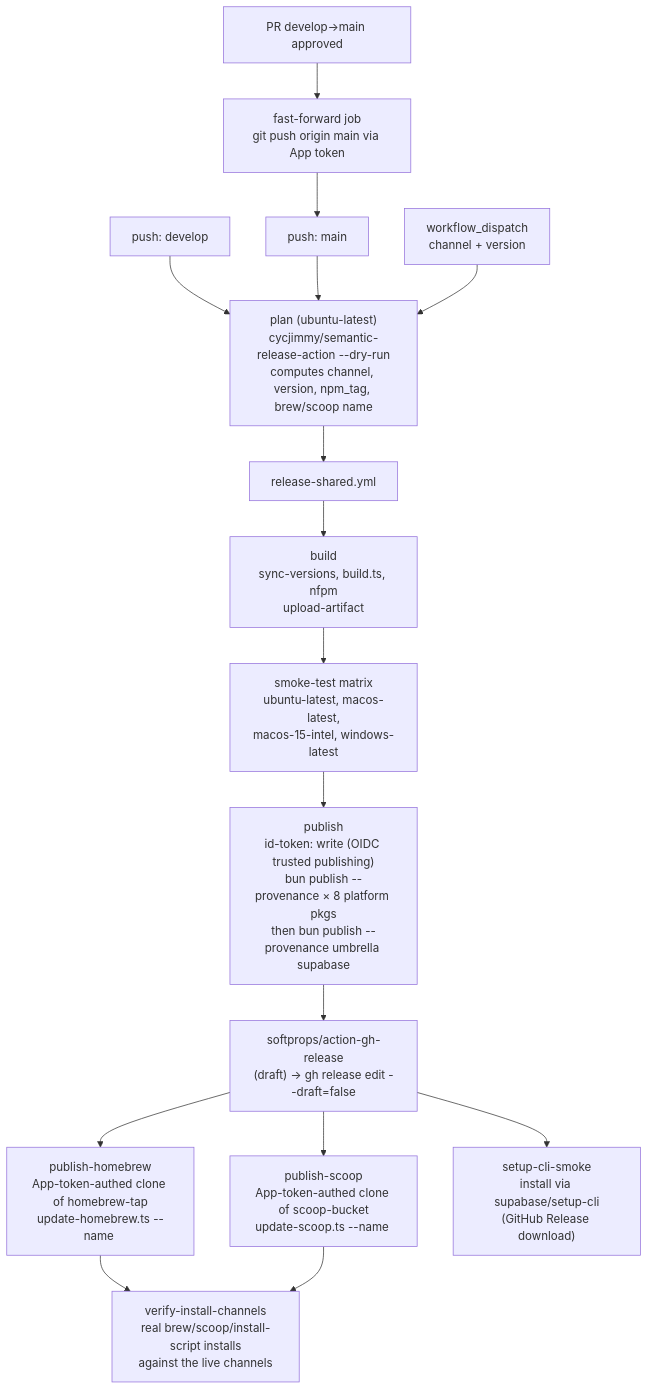
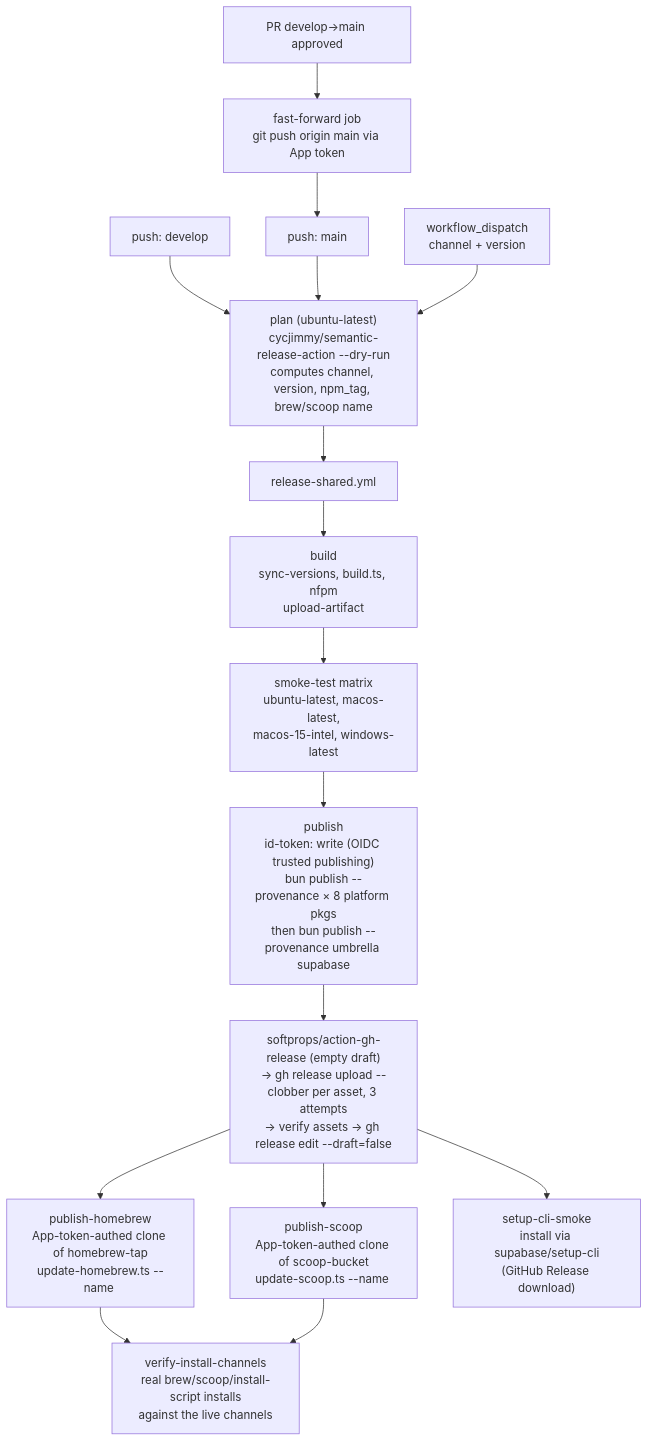
The second of 2 diagrams in apps/cli/docs/release-process.md (supabase/cli), drawn with Mermaid before and after one commit. The commit also changed other lines of this file and 1 other file, not shown here.

First line of the commit message:
docs(cli): describe per-asset release upload and verification (CLI-2455)

````diff
--- a/apps/cli/docs/release-process.md
+++ b/apps/cli/docs/release-process.md
@@ -220,22 +220,22 @@
 ```mermaid
 flowchart TD
     pushDev[push: develop] --> plan
     pushMain[push: main] --> plan
     pr[PR develop→main approved] --> ff[fast-forward job<br/>git push origin main via App token]
     ff --> pushMain
     dispatch[workflow_dispatch<br/>channel + version] --> plan
 
     plan["plan (ubuntu-latest)<br/>cycjimmy/semantic-release-action --dry-run<br/>computes channel, version, npm_tag, brew/scoop name"]
     plan --> shared
 
     shared["release-shared.yml"]
     shared --> build["build<br/>sync-versions, build.ts, nfpm<br/>upload-artifact"]
     build --> smoke["smoke-test matrix<br/>ubuntu-latest, macos-latest,<br/>macos-15-intel, windows-latest"]
     smoke --> pub["publish<br/>id-token: write (OIDC trusted publishing)<br/>bun publish --provenance × 8 platform pkgs<br/>then bun publish --provenance umbrella supabase"]
-    pub --> rel["softprops/action-gh-release<br/>(draft) → gh release edit --draft=false"]
+    pub --> rel["softprops/action-gh-release (empty draft)<br/>→ gh release upload --clobber per asset, 3 attempts<br/>→ verify assets → gh release edit --draft=false"]
     rel --> hb["publish-homebrew<br/>App-token-authed clone of homebrew-tap<br/>update-homebrew.ts --name <brew_name>"]
     rel --> sc["publish-scoop<br/>App-token-authed clone of scoop-bucket<br/>update-scoop.ts --name <scoop_name>"]
     rel --> sucs["setup-cli-smoke<br/>install via supabase/setup-cli<br/>(GitHub Release download)"]
     hb --> vic["verify-install-channels<br/>real brew/scoop/install-script installs<br/>against the live channels"]
     sc --> vic
 ```
````
